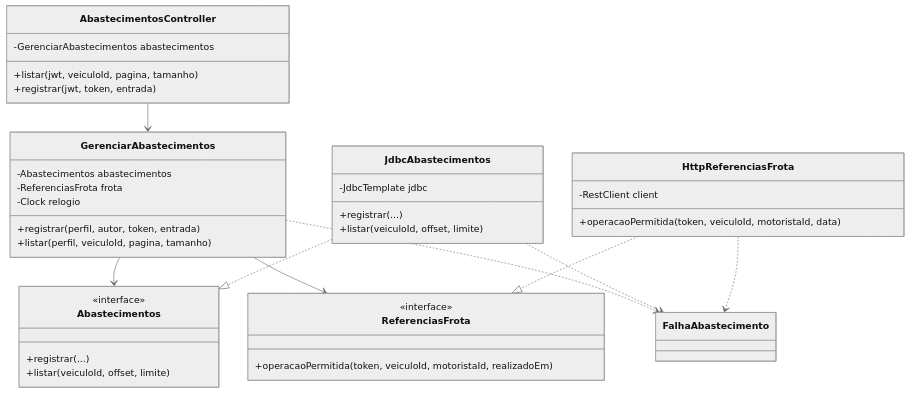
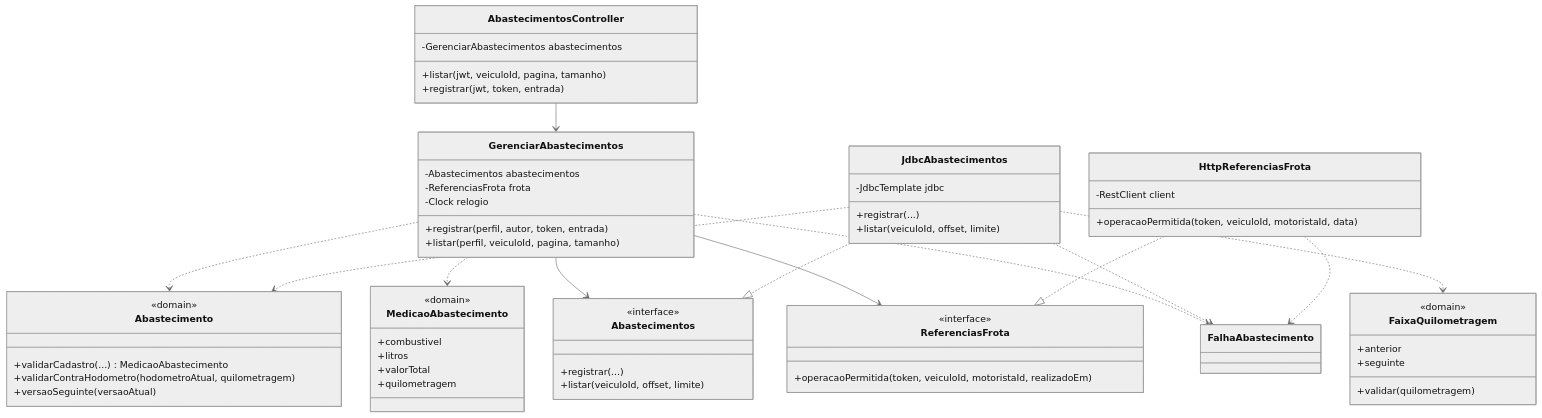
Before and after one commit to mateusblm/nexfleet: the fourth of 14 diagrams in docs/DIAGRAMAS-ARQUITETURA.md, drawn with Mermaid (neutral theme). The commit also changed other lines of this file, not shown here.

Commit message:
Diagrama da fatia de abastecimento mostra a camada domain

````diff
--- a/docs/DIAGRAMAS-ARQUITETURA.md
+++ b/docs/DIAGRAMAS-ARQUITETURA.md
@@ -156,43 +156,66 @@
 ```mermaid
 classDiagram
   class AbastecimentosController {
     -GerenciarAbastecimentos abastecimentos
     +listar(jwt, veiculoId, pagina, tamanho)
     +registrar(jwt, token, entrada)
   }
   class GerenciarAbastecimentos {
     -Abastecimentos abastecimentos
     -ReferenciasFrota frota
     -Clock relogio
     +registrar(perfil, autor, token, entrada)
     +listar(perfil, veiculoId, pagina, tamanho)
   }
   class Abastecimentos {
     <<interface>>
     +registrar(...)
     +listar(veiculoId, offset, limite)
   }
   class ReferenciasFrota {
     <<interface>>
     +operacaoPermitida(token, veiculoId, motoristaId, realizadoEm)
   }
   class JdbcAbastecimentos {
     -JdbcTemplate jdbc
     +registrar(...)
     +listar(veiculoId, offset, limite)
   }
   class HttpReferenciasFrota {
     -RestClient client
     +operacaoPermitida(token, veiculoId, motoristaId, data)
   }
   class FalhaAbastecimento
+  class Abastecimento {
+    <<domain>>
+    +validarCadastro(...) MedicaoAbastecimento
+    +validarContraHodometro(hodometroAtual, quilometragem)
+    +versaoSeguinte(versaoAtual)
+  }
+  class MedicaoAbastecimento {
+    <<domain>>
+    +combustivel
+    +litros
+    +valorTotal
+    +quilometragem
+  }
+  class FaixaQuilometragem {
+    <<domain>>
+    +anterior
+    +seguinte
+    +validar(quilometragem)
+  }
 
   AbastecimentosController --> GerenciarAbastecimentos
+  GerenciarAbastecimentos ..> Abastecimento
+  GerenciarAbastecimentos ..> MedicaoAbastecimento
+  JdbcAbastecimentos ..> Abastecimento
+  JdbcAbastecimentos ..> FaixaQuilometragem
   GerenciarAbastecimentos --> Abastecimentos
   GerenciarAbastecimentos --> ReferenciasFrota
   JdbcAbastecimentos ..|> Abastecimentos
   HttpReferenciasFrota ..|> ReferenciasFrota
   GerenciarAbastecimentos ..> FalhaAbastecimento
   JdbcAbastecimentos ..> FalhaAbastecimento
   HttpReferenciasFrota ..> FalhaAbastecimento
 ```
````
